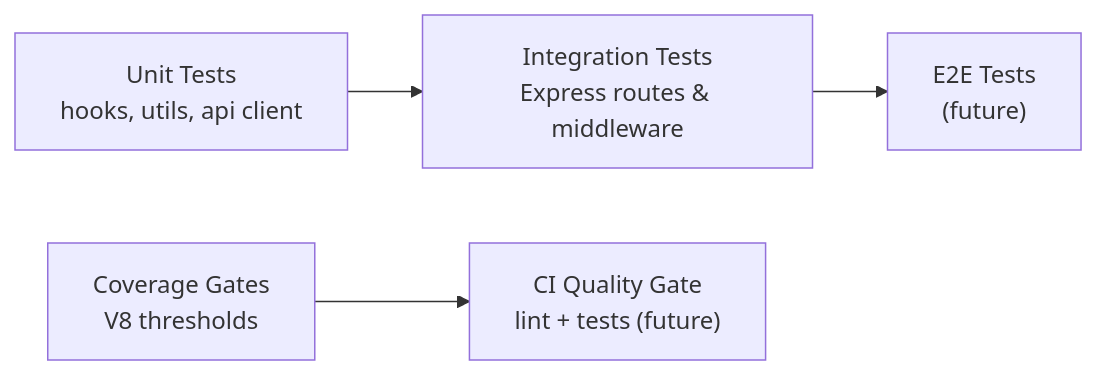
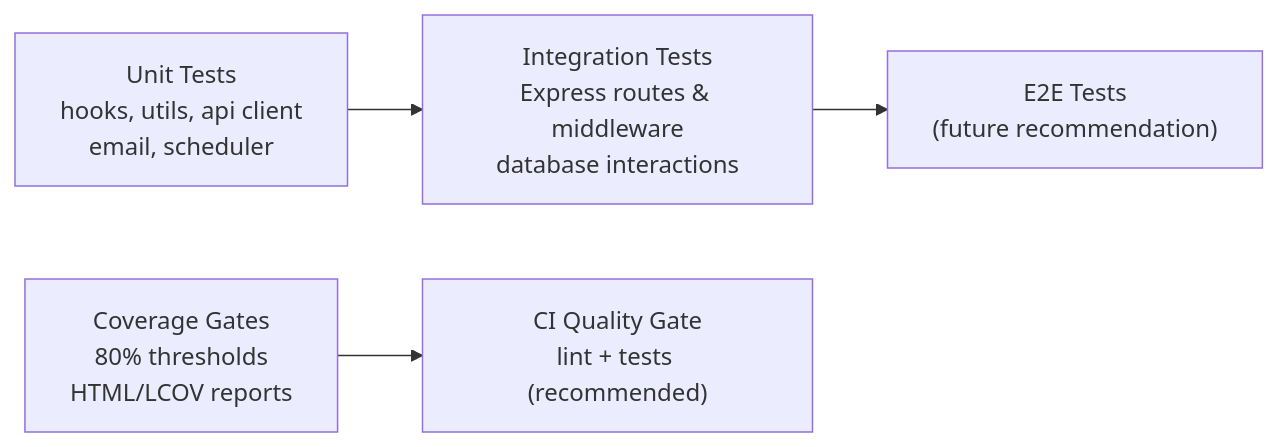
The second of 10 diagrams in .qoder/repowiki/en/content/Testing Strategy.md (ZandileMkontwana/olympiad-portal), drawn with Mermaid before and after one commit. The commit also changed other lines of this file and 43 other files, not shown here.

````diff
--- a/.qoder/repowiki/en/content/Testing Strategy.md
+++ b/.qoder/repowiki/en/content/Testing Strategy.md
@@ -100,6 +131,6 @@
 ```mermaid
 graph LR
-A["Unit Tests<br/>hooks, utils, api client"] --> B["Integration Tests<br/>Express routes & middleware"]
-B --> C["E2E Tests<br/>(future)"]
-D["Coverage Gates<br/>V8 thresholds"] --> E["CI Quality Gate<br/>lint + tests (future)"]
+A["Unit Tests<br/>hooks, utils, api client<br/>email, scheduler"] --> B["Integration Tests<br/>Express routes & middleware<br/>database interactions"]
+B --> C["E2E Tests<br/>(future recommendation)"]
+D["Coverage Gates<br/>80% thresholds<br/>HTML/LCOV reports"] --> E["CI Quality Gate<br/>lint + tests (recommended)"]
 ```
````
